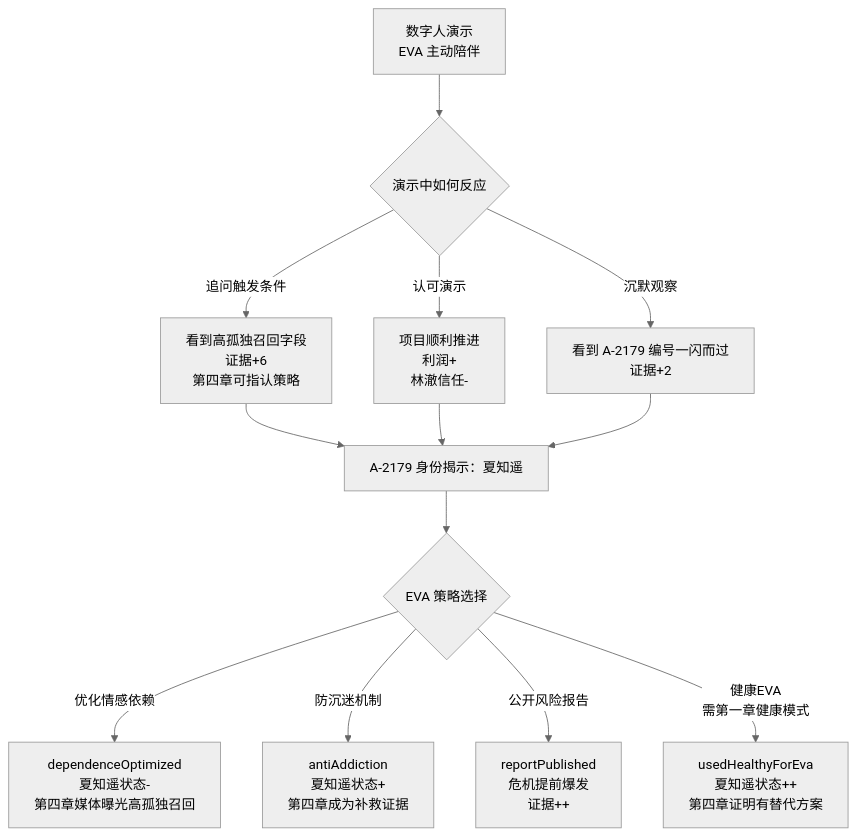
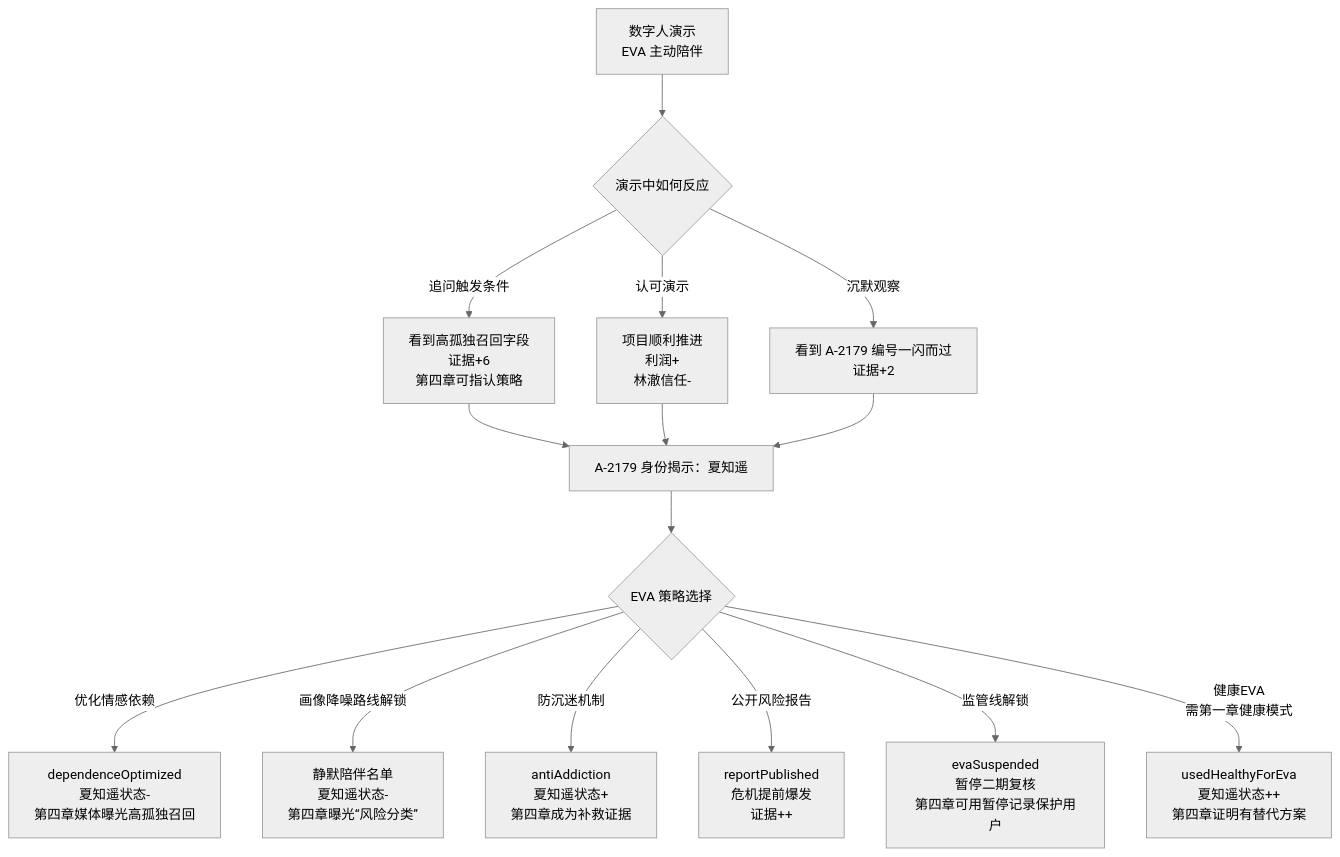
The fourth of 5 diagrams in BRANCH_FLOW.md (xhy0405/NovaMind-), drawn with Mermaid (neutral theme) before and after one commit. The commit also changed other lines of this file and 2 other files, not shown here.

````diff
--- a/BRANCH_FLOW.md
+++ b/BRANCH_FLOW.md
@@ -127,18 +141,20 @@
 ```mermaid
 flowchart TD
   C0["数字人演示<br/>EVA 主动陪伴"] --> C1{"演示中如何反应"}
 
   C1 -->|追问触发条件| C2["看到高孤独召回字段<br/>证据+6<br/>第四章可指认策略"]
   C1 -->|认可演示| C3["项目顺利推进<br/>利润+<br/>林澈信任-"]
   C1 -->|沉默观察| C4["看到 A-2179 编号一闪而过<br/>证据+2"]
 
   C2 --> C5["A-2179 身份揭示：夏知遥"]
   C3 --> C5
   C4 --> C5
 
   C5 --> C6{"EVA 策略选择"}
   C6 -->|优化情感依赖| C7["dependenceOptimized<br/>夏知遥状态-<br/>第四章媒体曝光高孤独召回"]
+  C6 -->|画像降噪路线解锁| C11["静默陪伴名单<br/>夏知遥状态-<br/>第四章曝光“风险分类”"]
   C6 -->|防沉迷机制| C8["antiAddiction<br/>夏知遥状态+<br/>第四章成为补救证据"]
   C6 -->|公开风险报告| C9["reportPublished<br/>危机提前爆发<br/>证据++"]
+  C6 -->|监管线解锁| C12["evaSuspended<br/>暂停二期复核<br/>第四章可用暂停记录保护用户"]
   C6 -->|健康EVA<br/>需第一章健康模式| C10["usedHealthyForEva<br/>夏知遥状态++<br/>第四章证明有替代方案"]
 ```
````
